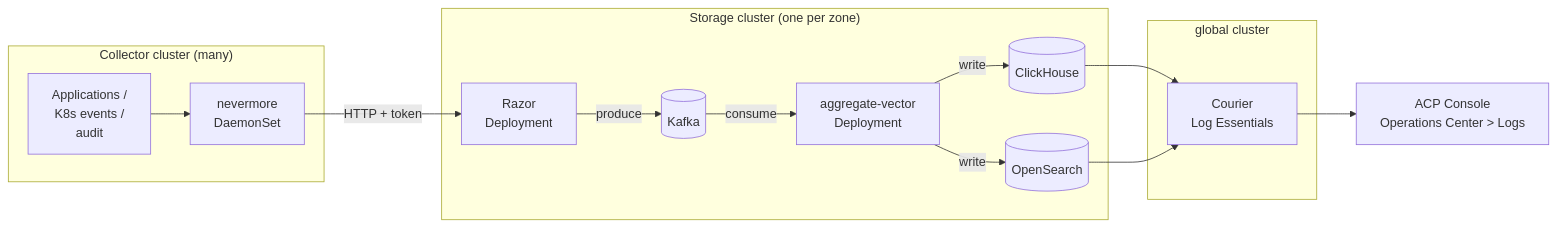
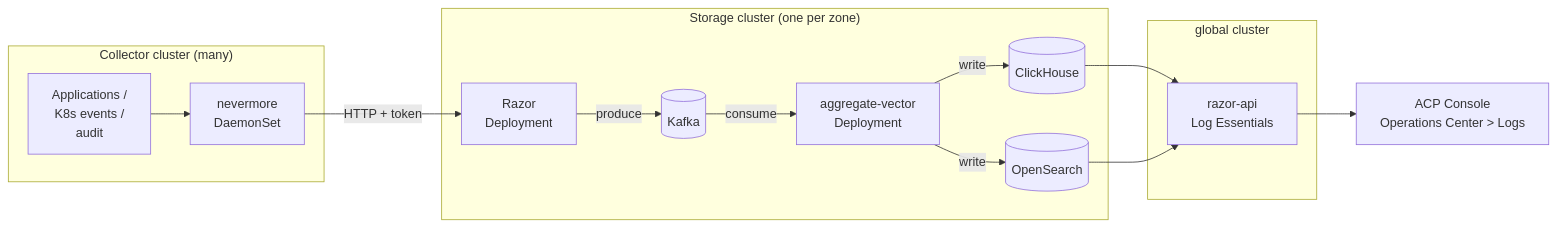
The diagram in docs/en/architecture/architecture.mdx (alauda/logs-docs), drawn with Mermaid before and after one commit. The commit also changed other lines of this file and 1 other file, not shown here.

````diff
--- a/docs/en/architecture/architecture.mdx
+++ b/docs/en/architecture/architecture.mdx
@@ -18,19 +18,19 @@
 ```mermaid
 flowchart LR
     subgraph collector["Collector cluster (many)"]
       A[Applications /<br/>K8s events /<br/>audit] --> B[nevermore<br/>DaemonSet]
     end
     subgraph storage["Storage cluster (one per zone)"]
       B -->|HTTP + token| C[Razor<br/>Deployment]
       C -->|produce| K[(Kafka)]
       K -->|consume| V[aggregate-vector<br/>Deployment]
       V -->|write| S1[(ClickHouse)]
       V -->|write| S2[(OpenSearch)]
     end
     subgraph global["global cluster"]
-      Q[Courier<br/>Log Essentials]
+      Q[razor-api<br/>Log Essentials]
     end
     S1 --> Q
     S2 --> Q
     Q --> UI[ACP Console<br/>Operations Center &gt; Logs]
 ```
````
